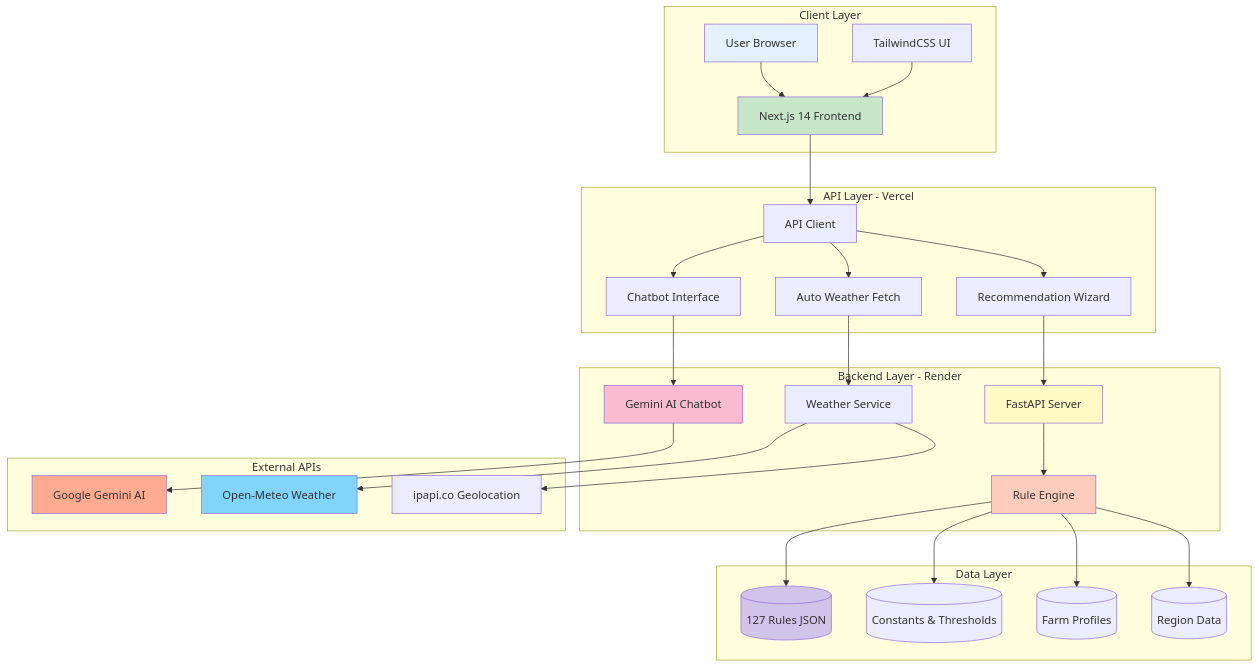
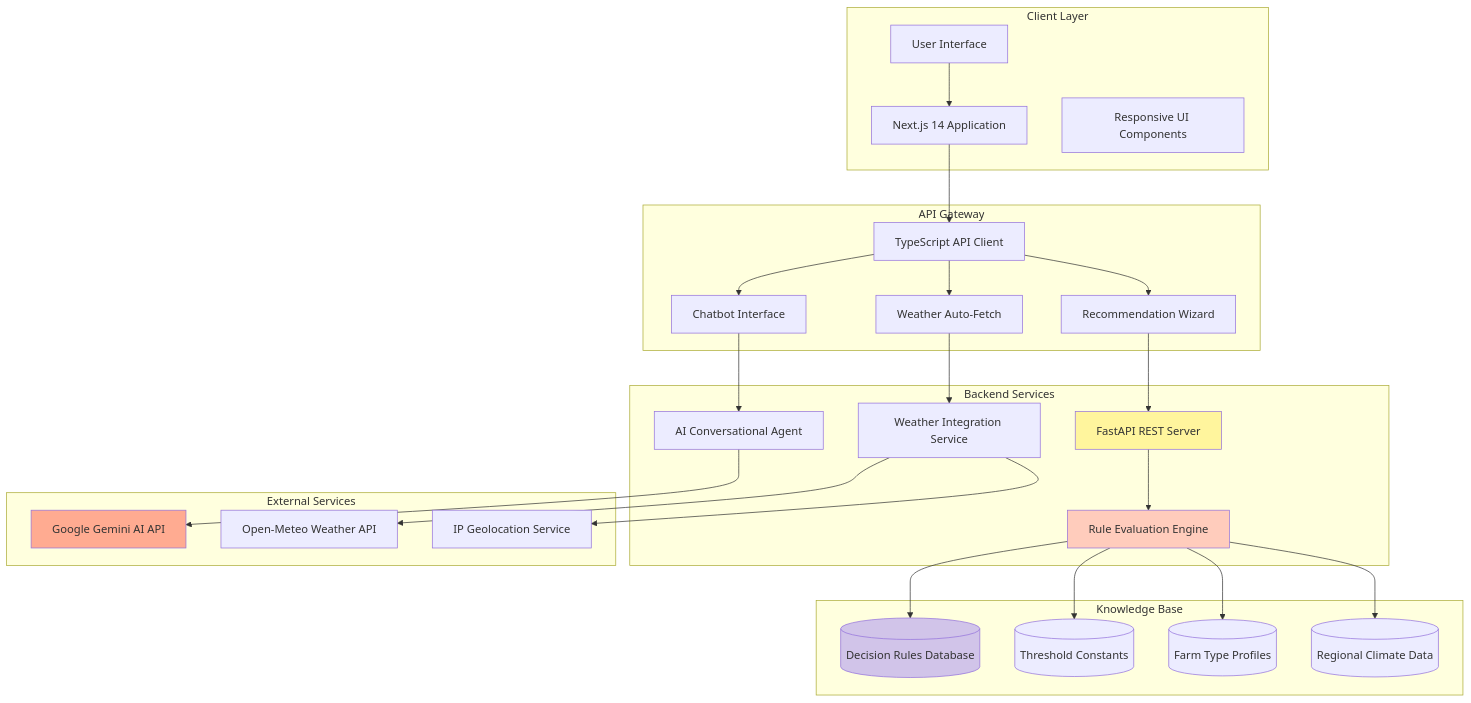
One commit to Ismat-Samadov/rule_based_system changed the first of 4 diagrams in README.md. Above: the diagram before and after it, drawn with Mermaid. The commit also changed other lines of this file and 29 other files, not shown here.

````diff
--- a/README.md
+++ b/README.md
@@ -68,62 +122,53 @@
 ```mermaid
 graph TB
     subgraph "Client Layer"
-        A[User Browser]
-        B[Next.js 14 Frontend]
-        C[TailwindCSS UI]
+        A[User Interface]
+        B[Next.js 14 Application]
+        C[Responsive UI Components]
     end
 
-    subgraph "API Layer - Vercel"
-        B --> D[API Client]
-        D --> E[Auto Weather Fetch]
-        D --> F[Recommendation Wizard]
-        D --> G[Chatbot Interface]
+    subgraph "API Gateway"
+        D[TypeScript API Client]
+        E[Weather Auto-Fetch]
+        F[Recommendation Wizard]
+        G[Chatbot Interface]
     end
 
-    subgraph "Backend Layer - Render"
-        H[FastAPI Server]
-        I[Rule Engine]
-        J[Gemini AI Chatbot]
-        K[Weather Service]
-
-        E --> K
-        F --> H
-        G --> J
-
-        H --> I
+    subgraph "Backend Services"
+        H[FastAPI REST Server]
+        I[Rule Evaluation Engine]
+        J[AI Conversational Agent]
+        K[Weather Integration Service]
     end
 
-    subgraph "Data Layer"
-        L[(127 Rules JSON)]
-        M[(Constants & Thresholds)]
-        N[(Farm Profiles)]
-        O[(Region Data)]
-
-        I --> L
-        I --> M
-        I --> N
-        I --> O
+    subgraph "Knowledge Base"
+        L[(Decision Rules Database)]
+        M[(Threshold Constants)]
+        N[(Farm Type Profiles)]
+        O[(Regional Climate Data)]
     end
 
-    subgraph "External APIs"
-        P[Google Gemini AI]
-        Q[Open-Meteo Weather]
-        R[ipapi.co Geolocation]
-
-        J --> P
-        K --> Q
-        K --> R
+    subgraph "External Services"
+        P[Google Gemini AI API]
+        Q[Open-Meteo Weather API]
+        R[IP Geolocation Service]
     end
 
-    A --> B
-    C --> B
+    A --> B --> D
+    D --> E --> K
+    D --> F --> H --> I
+    D --> G --> J --> P
 
-    style A fill:#e3f2fd
-    style B fill:#c8e6c9
-    style H fill:#fff9c4
+    I --> L
+    I --> M
+    I --> N
+    I --> O
+
+    K --> Q
+    K --> R
+
+    style H fill:#fff59d
     style I fill:#ffccbc
-    style J fill:#f8bbd0
     style L fill:#d1c4e9
     style P fill:#ffab91
-    style Q fill:#81d4fa
 ```
````
